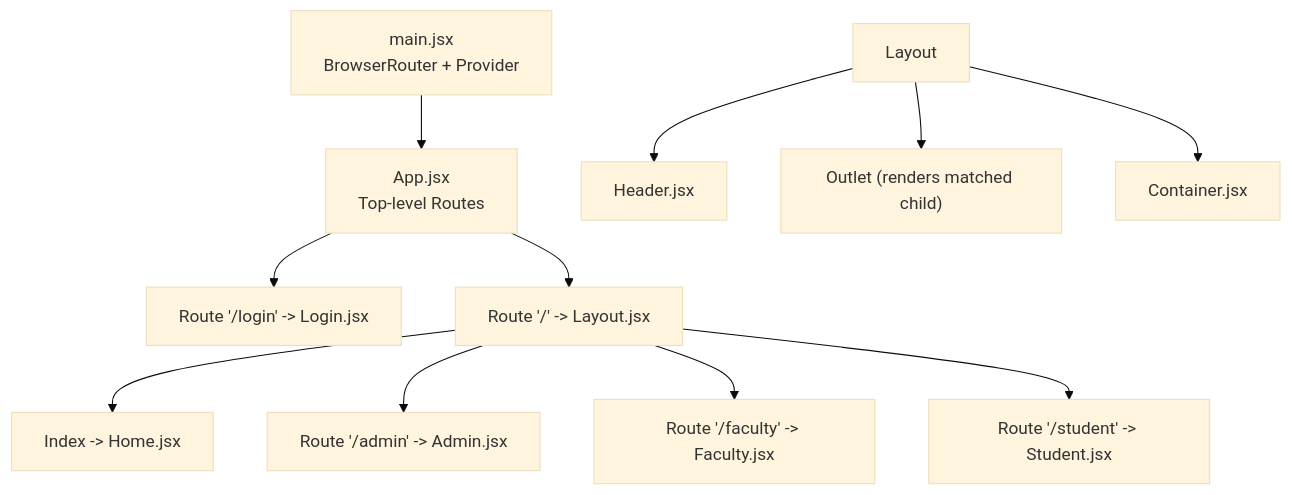
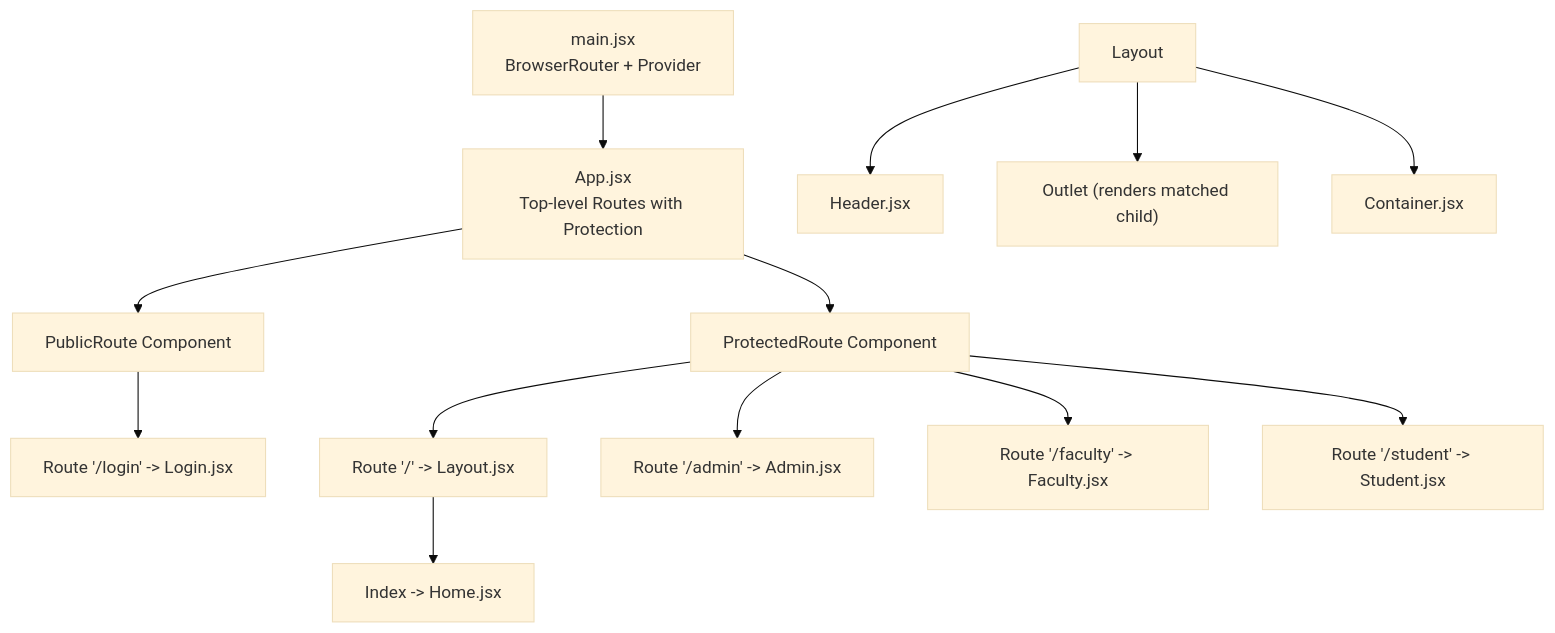
The first of 12 diagrams in .qoder/repowiki/en/content/Frontend Architecture/Routing System & Navigation.md (Aryan9060/Timetable-Project), drawn with Mermaid (base theme) before and after one commit. The commit also changed other lines of this file and 7 other files, not shown here.

````diff
--- a/.qoder/repowiki/en/content/Frontend Architecture/Routing System & Navigation.md
+++ b/.qoder/repowiki/en/content/Frontend Architecture/Routing System & Navigation.md
@@ -38,13 +46,15 @@
 ```mermaid
 graph TB
-Root["main.jsx<br/>BrowserRouter + Provider"] --> App["App.jsx<br/>Top-level Routes"]
-App --> LoginRoute["Route '/login' -> Login.jsx"]
-App --> HomeLayout["Route '/' -> Layout.jsx"]
+Root["main.jsx<br/>BrowserRouter + Provider"] --> App["App.jsx<br/>Top-level Routes with Protection"]
+App --> PublicRoute["PublicRoute Component"]
+PublicRoute --> LoginRoute["Route '/login' -> Login.jsx"]
+App --> ProtectedRoute["ProtectedRoute Component"]
+ProtectedRoute --> HomeLayout["Route '/' -> Layout.jsx"]
 HomeLayout --> HomeIndex["Index -> Home.jsx"]
-HomeLayout --> AdminRoute["Route '/admin' -> Admin.jsx"]
-HomeLayout --> FacultyRoute["Route '/faculty' -> Faculty.jsx"]
-HomeLayout --> StudentRoute["Route '/student' -> Student.jsx"]
+ProtectedRoute --> AdminRoute["Route '/admin' -> Admin.jsx"]
+ProtectedRoute --> FacultyRoute["Route '/faculty' -> Faculty.jsx"]
+ProtectedRoute --> StudentRoute["Route '/student' -> Student.jsx"]
 Layout --> HeaderComp["Header.jsx"]
 Layout --> Outlet["Outlet (renders matched child)"]
 Layout --> ContainerComp["Container.jsx"]
 ```
````
